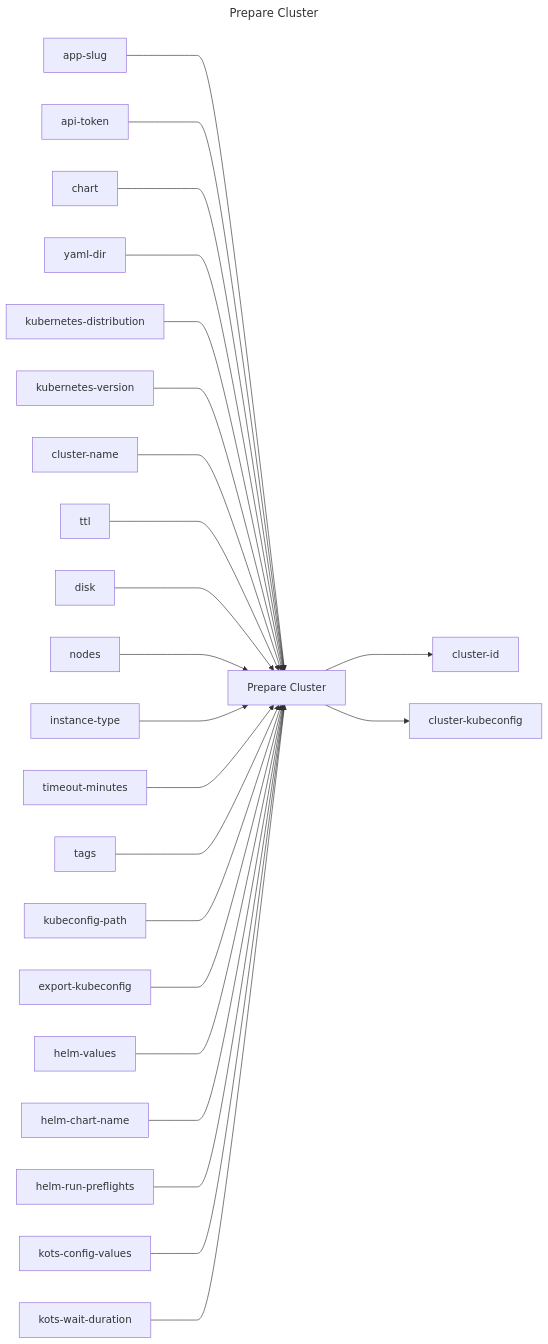
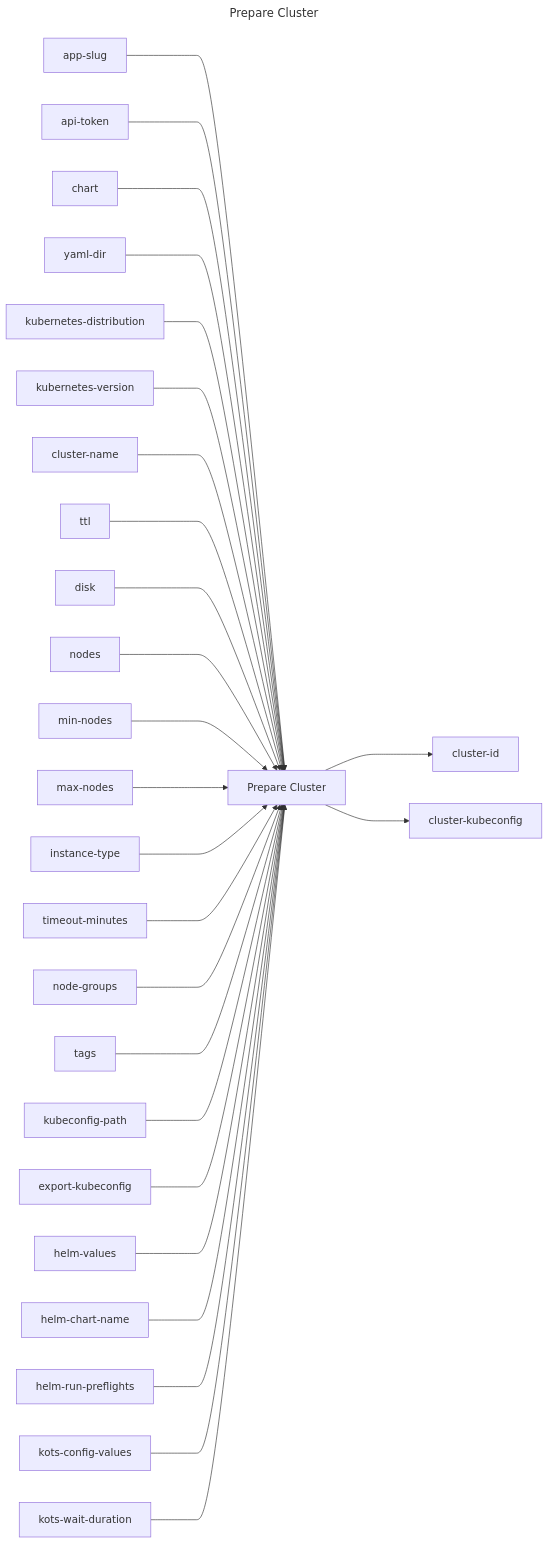
The diagram in prepare-cluster/README.md (replicatedhq/replicated-actions), drawn with Mermaid before and after one commit. The commit also changed other lines of this file and 31 other files, not shown here.

````diff
--- a/prepare-cluster/README.md
+++ b/prepare-cluster/README.md
@@ -3,51 +3,57 @@
 ```mermaid
 ---
 title: Prepare Cluster
 ---
 graph LR
 prepare_cluster["Prepare Cluster"]
 app_slug["app-slug"]
 api_token["api-token"]
 chart["chart"]
 yaml_dir["yaml-dir"]
 kubernetes_distribution["kubernetes-distribution"]
 kubernetes_version["kubernetes-version"]
 cluster_name["cluster-name"]
 ttl["ttl"]
 disk["disk"]
 nodes["nodes"]
+min_nodes["min-nodes"]
+max_nodes["max-nodes"]
 instance_type["instance-type"]
 timeout_minutes["timeout-minutes"]
+node_groups["node-groups"]
 tags["tags"]
 kubeconfig_path["kubeconfig-path"]
 export_kubeconfig["export-kubeconfig"]
 helm_values["helm-values"]
 helm_chart_name["helm-chart-name"]
 helm_run_preflights["helm-run-preflights"]
 kots_config_values["kots-config-values"]
 kots_wait_duration["kots-wait-duration"]
 cluster_id["cluster-id"]
 cluster_kubeconfig["cluster-kubeconfig"]
 app_slug ---> prepare_cluster
 api_token ---> prepare_cluster
 chart ---> prepare_cluster
 yaml_dir ---> prepare_cluster
 kubernetes_distribution ---> prepare_cluster
 kubernetes_version ---> prepare_cluster
 cluster_name ---> prepare_cluster
 ttl ---> prepare_cluster
 disk ---> prepare_cluster
 nodes ---> prepare_cluster
+min_nodes ---> prepare_cluster
+max_nodes ---> prepare_cluster
 instance_type ---> prepare_cluster
 timeout_minutes ---> prepare_cluster
+node_groups ---> prepare_cluster
 tags ---> prepare_cluster
 kubeconfig_path ---> prepare_cluster
 export_kubeconfig ---> prepare_cluster
 helm_values ---> prepare_cluster
 helm_chart_name ---> prepare_cluster
 helm_run_preflights ---> prepare_cluster
 kots_config_values ---> prepare_cluster
 kots_wait_duration ---> prepare_cluster
 prepare_cluster ---> cluster_id
 prepare_cluster ---> cluster_kubeconfig
 ```
````
